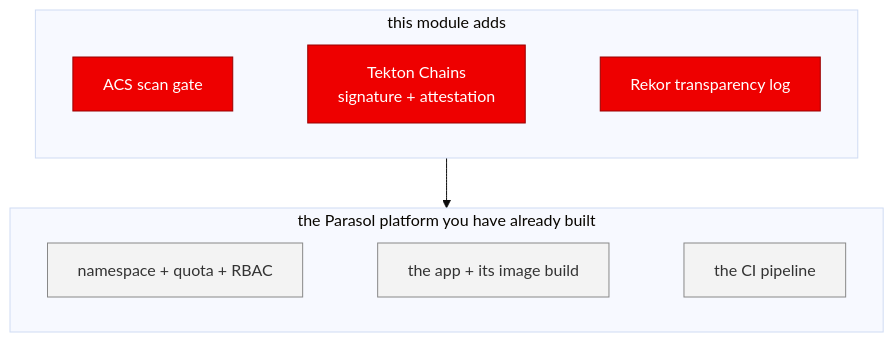
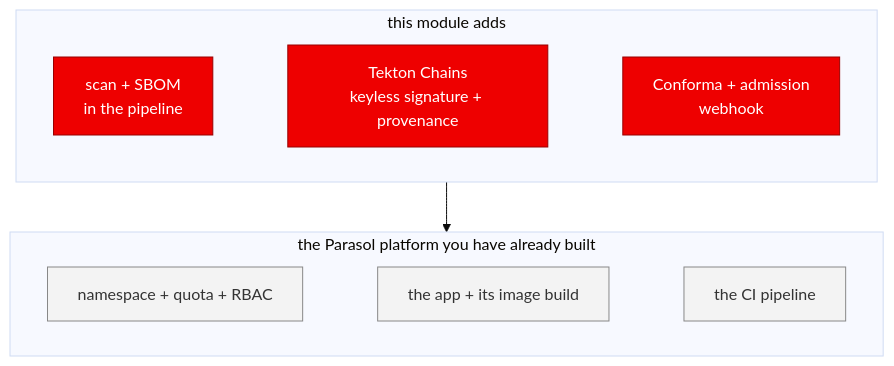
Before and after one commit to serhat-dirik/OCP-Getting-Started-Revamped: the diagram in content/modules/ROOT/examples/diagrams/trusted-supply-chain/04-platform-accretion.mmd, drawn with Mermaid (base theme). The commit also changed 19 other files, not shown here.

First line of the commit message:
feat(trusted-supply-chain): one pipeline the attendee runs, then explained

```diff
--- a/content/modules/ROOT/examples/diagrams/trusted-supply-chain/04-platform-accretion.mmd
+++ b/content/modules/ROOT/examples/diagrams/trusted-supply-chain/04-platform-accretion.mmd
@@ -1,32 +1,33 @@
 %% Platform accretion — Trusted Software Supply Chain.
 %% ONE cumulative picture of the Parasol platform, with THIS module's layer lit up (red) on
 %% everything the attendee has already built (grey). Authored per module (owner decision
 %% 2026-07-28) rather than generated: explicit and readable, at the cost of keeping the grey
 %% base in step across all 12 when the platform changes. If you change the base here, change it
 %% in the sibling per-module NN-platform-accretion.mmd files too.
 %% ---
 %% NEVER put an angle-bracket placeholder in a .mmd file. Antora emits mermaid source into the
 %% page UNESCAPED, so the browser parses it as a real unknown element, which never closes and
 %% swallows the rest of the graph — the diagram renders as "Syntax error in text". The build
 %% still exits 0 with zero warnings, because Antora never parses mermaid; it only wraps it.
 %% This exact token broke 22 of 25 accretion diagrams from 2026-07-28 until 2026-08-06.
+%% 2026-11-15: this module's layer redrawn for the one-pipeline design.
 flowchart TB
   subgraph THIS["this module adds"]
     direction LR
-    X1["ACS scan gate"]
-    X2["Tekton Chains<br/>signature + attestation"]
-    X3["Rekor transparency log"]
+    X1["scan + SBOM<br/>in the pipeline"]
+    X2["Tekton Chains<br/>keyless signature + provenance"]
+    X3["Conforma + admission<br/>webhook"]
     X1 ~~~ X2 ~~~ X3
   end
   subgraph BASE["the Parasol platform you have already built"]
     direction LR
     P1["namespace + quota + RBAC"]
     P2["the app + its image build"]
     P3["the CI pipeline"]
     P1 ~~~ P2 ~~~ P3
   end
   THIS --> BASE
   classDef hi fill:#e00,stroke:#900,color:#fff;
   classDef plat fill:#f3f3f3,stroke:#888,color:#333;
   class X1,X2,X3 hi;
   class P1,P2,P3 plat;
```
